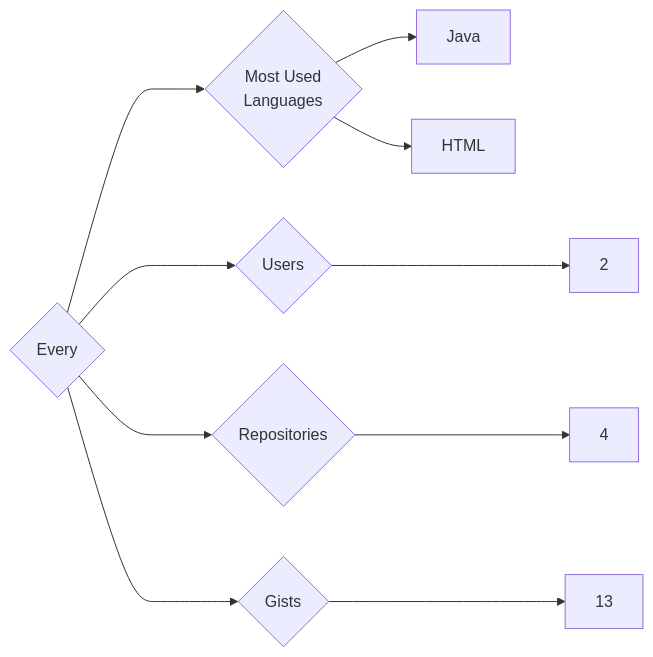
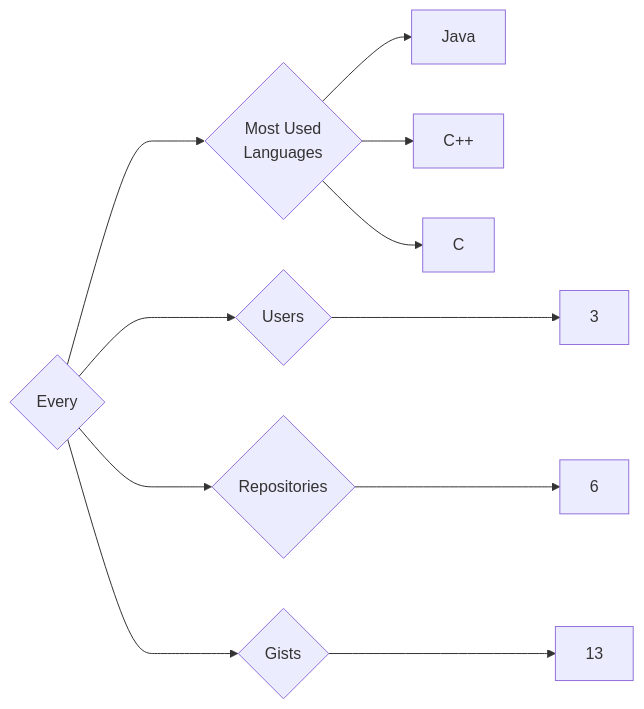
Before and after one commit to trickest/insiders: the diagram in targets/Every/README.md, drawn with Mermaid. The commit also changed 559 other files, not shown here.

````diff
--- a/targets/Every/README.md
+++ b/targets/Every/README.md
@@ -3,10 +3,11 @@
 ```mermaid
 graph LR
 COMPANY_NAME{Every}
-COMPANY_NAME ---> U{Users} ---> UN[2]
-COMPANY_NAME ---> R{Repositories} ---> RN[4]
+COMPANY_NAME ---> U{Users} ---> UN[3]
+COMPANY_NAME ---> R{Repositories} ---> RN[6]
 COMPANY_NAME ---> G{Gists} ---> GN[13]
 COMPANY_NAME ---> ML{Most Used<br>Languages}
 ML --> Java[Java]
-ML --> HTML[HTML]
+ML --> C++[C++]
+ML --> C[C]
 ```
````
